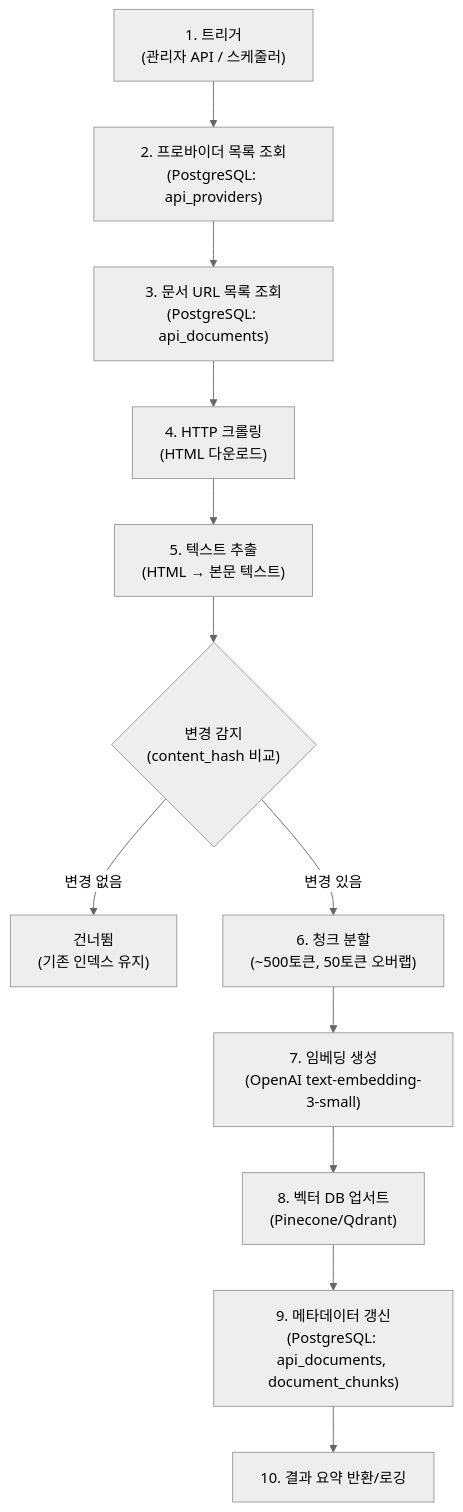
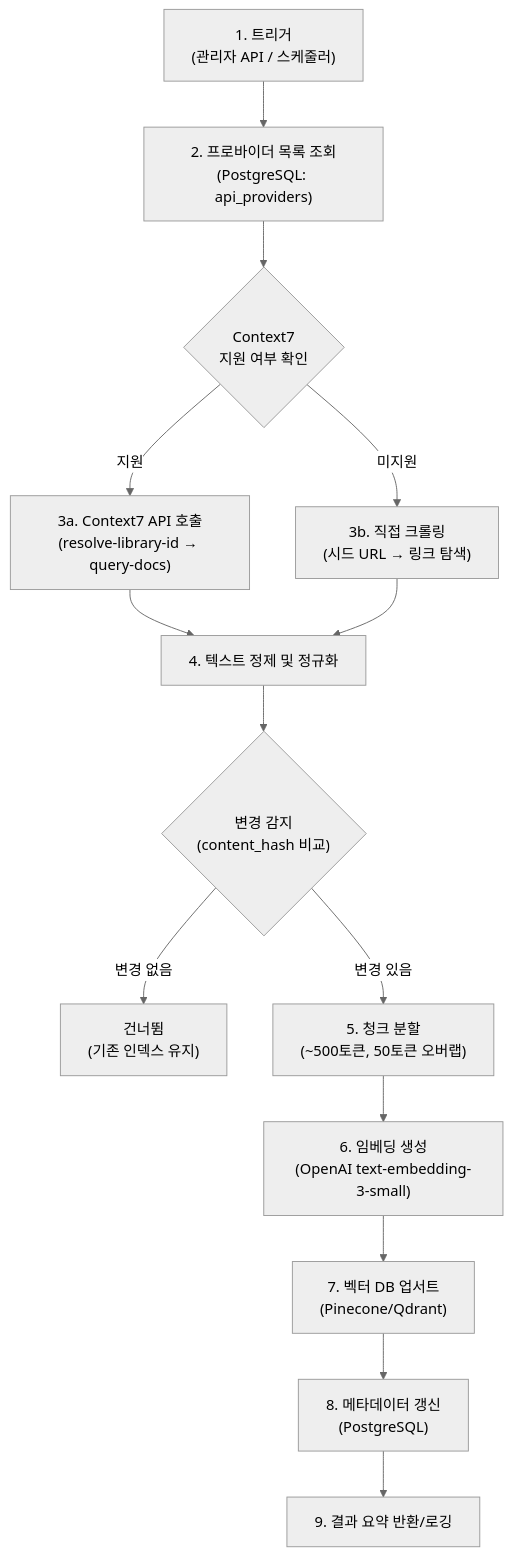
One commit to johunsang/api-intel changed the second of 5 diagrams in docs/01-요구사항분석/API수집시스템분석서.md. Above: the diagram before and after it, drawn with Mermaid (neutral theme). The commit also changed other lines of this file and 91 other files, not shown here.

````diff
--- a/docs/01-요구사항분석/API수집시스템분석서.md
+++ b/docs/01-요구사항분석/API수집시스템분석서.md
@@ -191,14 +193,16 @@
 ```mermaid
 flowchart TD
     A["1. 트리거\n(관리자 API / 스케줄러)"] --> B["2. 프로바이더 목록 조회\n(PostgreSQL: api_providers)"]
-    B --> C["3. 문서 URL 목록 조회\n(PostgreSQL: api_documents)"]
-    C --> D["4. HTTP 크롤링\n(HTML 다운로드)"]
-    D --> E["5. 텍스트 추출\n(HTML → 본문 텍스트)"]
+    B --> C{"Context7\n지원 여부 확인"}
+    C -->|"지원"| D1["3a. Context7 API 호출\n(resolve-library-id → query-docs)"]
+    C -->|"미지원"| D2["3b. 직접 크롤링\n(시드 URL → 링크 탐색)"]
+    D1 --> E["4. 텍스트 정제 및 정규화"]
+    D2 --> E
     E --> F{"변경 감지\n(content_hash 비교)"}
     F -->|"변경 없음"| G["건너뜀\n(기존 인덱스 유지)"]
-    F -->|"변경 있음"| H["6. 청크 분할\n(~500토큰, 50토큰 오버랩)"]
-    H --> I["7. 임베딩 생성\n(OpenAI text-embedding-3-small)"]
-    I --> J["8. 벡터 DB 업서트\n(Pinecone/Qdrant)"]
-    J --> K["9. 메타데이터 갱신\n(PostgreSQL: api_documents, document_chunks)"]
-    K --> L["10. 결과 요약 반환/로깅"]
+    F -->|"변경 있음"| H["5. 청크 분할\n(~500토큰, 50토큰 오버랩)"]
+    H --> I["6. 임베딩 생성\n(OpenAI text-embedding-3-small)"]
+    I --> J["7. 벡터 DB 업서트\n(Pinecone/Qdrant)"]
+    J --> K["8. 메타데이터 갱신\n(PostgreSQL)"]
+    K --> L["9. 결과 요약 반환/로깅"]
 ```
````
